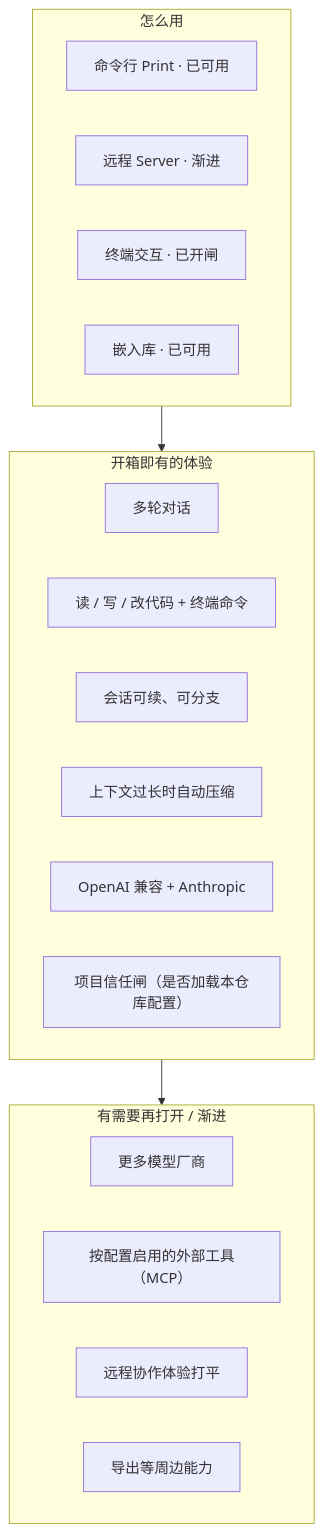
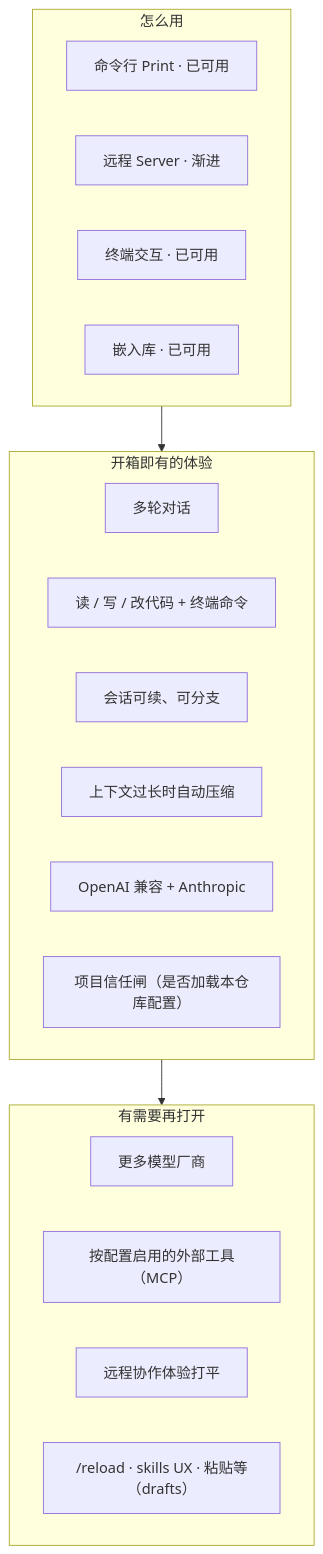
The diagram in docs/architecture/产品分层总览.md (StrayDragon/xylitol), drawn with Mermaid before and after one commit. The commit also changed other lines of this file and 17 other files, not shown here.

First line of the commit message:
docs: refresh architecture status after TUI wave

````diff
--- a/docs/architecture/产品分层总览.md
+++ b/docs/architecture/产品分层总览.md
@@ -8,28 +8,28 @@
 ```mermaid
 flowchart TB
   subgraph How["怎么用"]
     Print["命令行 Print · 已可用"]
     Server["远程 Server · 渐进"]
-    TUI["终端交互 · 已开闸"]
+    TUI["终端交互 · 已可用"]
     Embed["嵌入库 · 已可用"]
   end
 
   subgraph Experience["开箱即有的体验"]
     Chat["多轮对话"]
     Edit["读 / 写 / 改代码 + 终端命令"]
     Mem["会话可续、可分支"]
     Compact["上下文过长时自动压缩"]
     Models["OpenAI 兼容 + Anthropic"]
     Trust["项目信任闸（是否加载本仓库配置）"]
   end
 
-  subgraph Later["有需要再打开 / 渐进"]
+  subgraph Later["有需要再打开"]
     MoreModel["更多模型厂商"]
     MCP["按配置启用的外部工具（MCP）"]
     Remote["远程协作体验打平"]
-    Export["导出等周边能力"]
+    Next["/reload · skills UX · 粘贴等（drafts）"]
   end
 
   How --> Experience
   Experience --> Later
 ```
````
